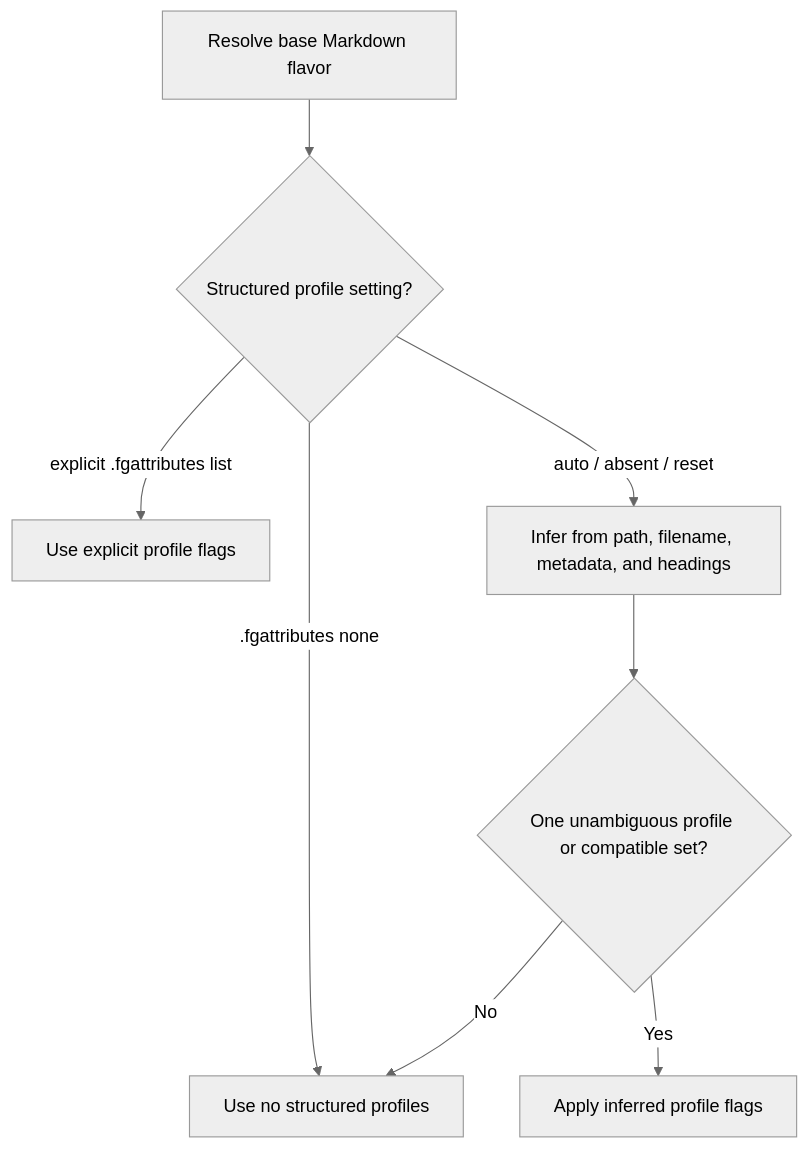
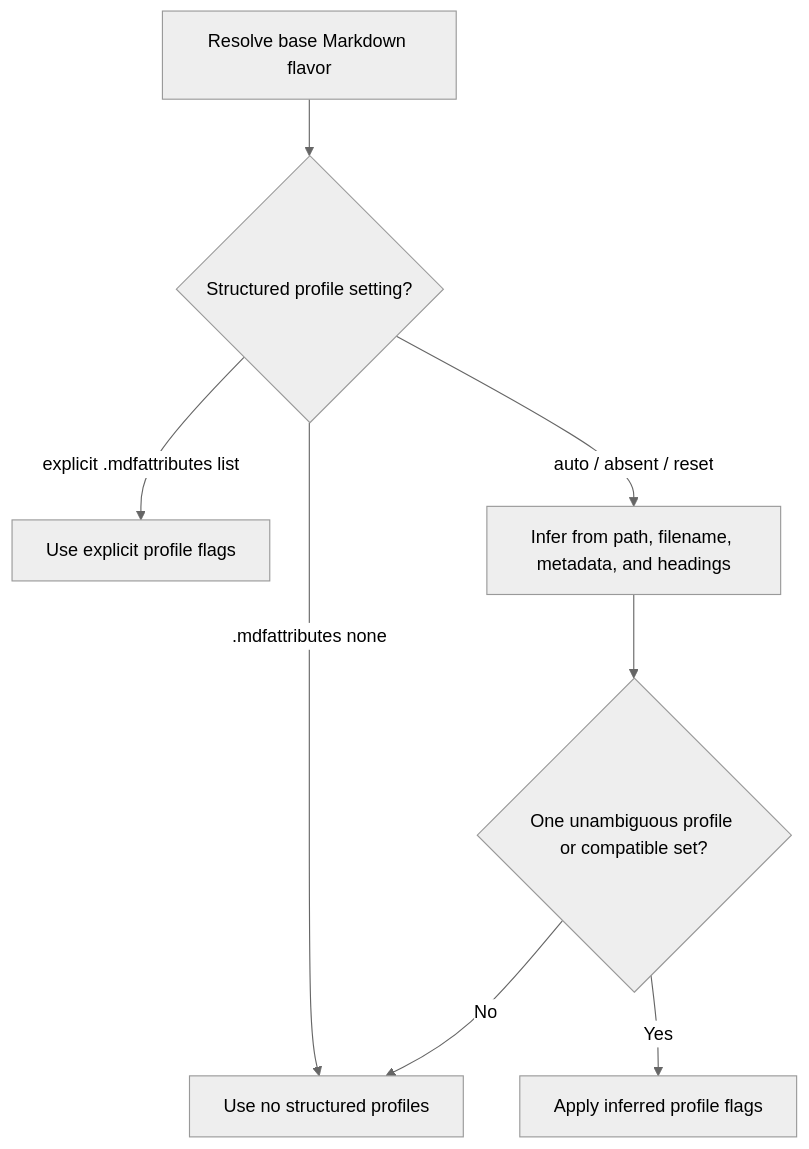
One commit to alisonaquinas/flavor-grenade-lsp changed the diagram in docs/design/markdown-structured-profile-flags.md. Above: the diagram before and after it, drawn with Mermaid (neutral theme). The commit also changed other lines of this file and 210 other files, not shown here.

````diff
--- a/docs/design/markdown-structured-profile-flags.md
+++ b/docs/design/markdown-structured-profile-flags.md
@@ -116,10 +116,10 @@
 ```mermaid
 flowchart TD
   A["Resolve base Markdown flavor"] --> B{"Structured profile setting?"}
-  B -- "explicit .fgattributes list" --> C["Use explicit profile flags"]
-  B -- ".fgattributes none" --> D["Use no structured profiles"]
+  B -- "explicit .mdfattributes list" --> C["Use explicit profile flags"]
+  B -- ".mdfattributes none" --> D["Use no structured profiles"]
   B -- "auto / absent / reset" --> E["Infer from path, filename, metadata, and headings"]
   E --> F{"One unambiguous profile or compatible set?"}
   F -- "Yes" --> G["Apply inferred profile flags"]
   F -- "No" --> D
 ```
````
